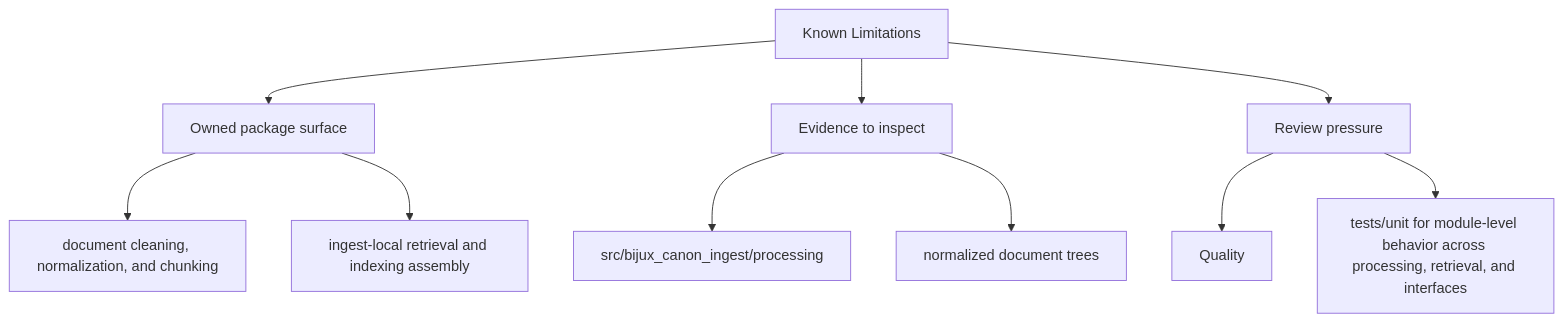
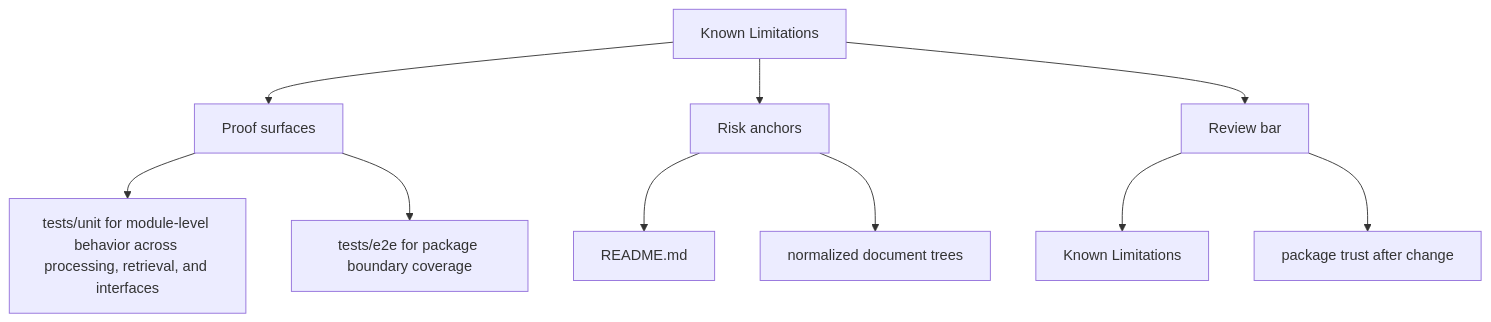
The second of 2 diagrams in docs/bijux-canon-ingest/quality/known-limitations.md (bijux/bijux-canon), drawn with Mermaid before and after one commit. The commit also changed other lines of this file and 250 other files, not shown here.

Commit message:
docs(diagrams): make product page maps more readable

````diff
--- a/docs/bijux-canon-ingest/quality/known-limitations.md
+++ b/docs/bijux-canon-ingest/quality/known-limitations.md
@@ -34,22 +34,22 @@
 ```mermaid
 flowchart TD
     page["Known Limitations"]
-    focus1["Owned package surface"]
+    focus1["Proof surfaces"]
     page --> focus1
-    focus1_1["document cleaning, normalization, and chunking"]
+    focus1_1["tests/unit for module-level behavior across processing, retrieval, and interfaces"]
     focus1 --> focus1_1
-    focus1_2["ingest-local retrieval and indexing assembly"]
+    focus1_2["tests/e2e for package boundary coverage"]
     focus1 --> focus1_2
-    focus2["Evidence to inspect"]
+    focus2["Risk anchors"]
     page --> focus2
-    focus2_1["src/bijux_canon_ingest/processing"]
+    focus2_1["README.md"]
     focus2 --> focus2_1
     focus2_2["normalized document trees"]
     focus2 --> focus2_2
-    focus3["Review pressure"]
+    focus3["Review bar"]
     page --> focus3
-    focus3_1["Quality"]
+    focus3_1["Known Limitations"]
     focus3 --> focus3_1
-    focus3_2["tests/unit for module-level behavior across processing, retrieval, and interfaces"]
+    focus3_2["package trust after change"]
     focus3 --> focus3_2
 ```
````
